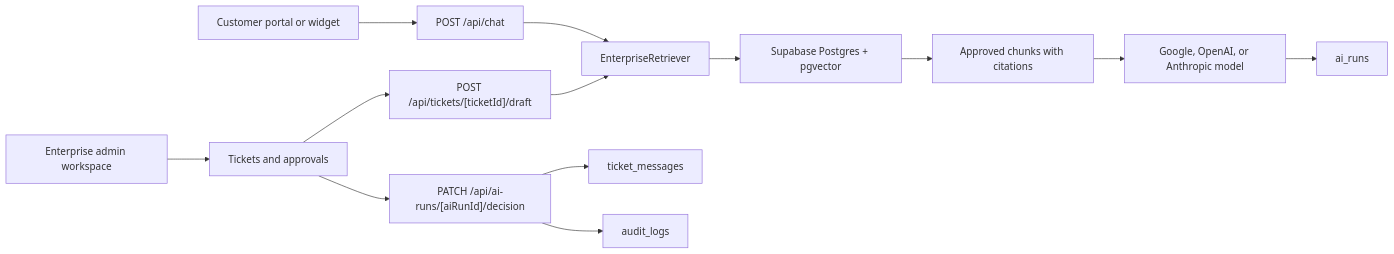
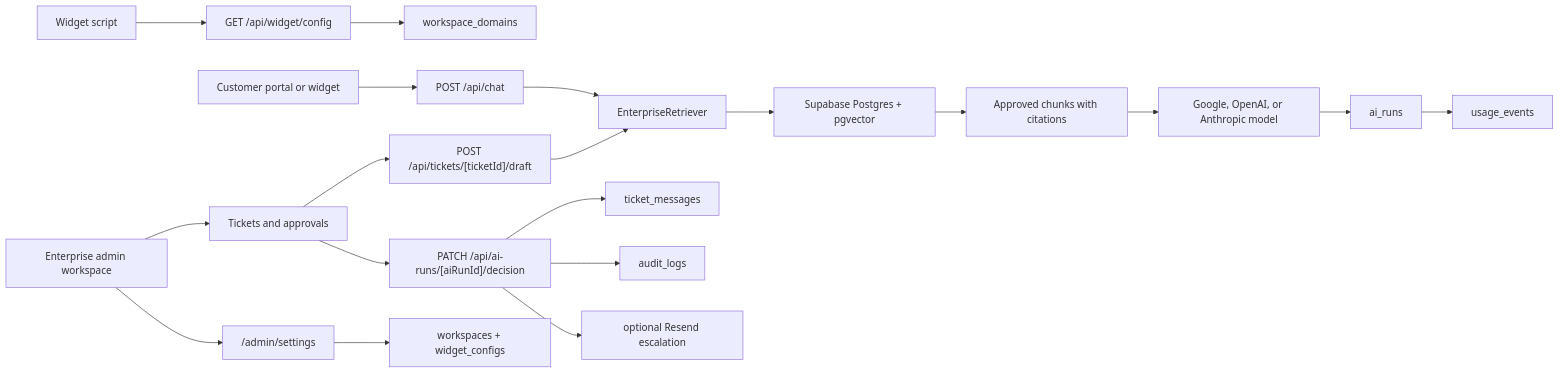
One commit to anilandcode/supportpilot-demo changed the diagram in ARCHITECTURE.md. Above: the diagram before and after it, drawn with Mermaid. The commit also changed other lines of this file and 46 other files, not shown here.

Commit message:
feat: productize supportpilot workspace flow

````diff
--- a/ARCHITECTURE.md
+++ b/ARCHITECTURE.md
@@ -8,15 +8,21 @@
 ```mermaid
 flowchart LR
+  Widget["Widget script"] --> ConfigAPI["GET /api/widget/config"]
+  ConfigAPI --> Domains["workspace_domains"]
   Portal["Customer portal or widget"] --> ChatAPI["POST /api/chat"]
   Admin["Enterprise admin workspace"] --> Tickets["Tickets and approvals"]
+  Admin --> Settings["/admin/settings"]
+  Settings --> Workspace["workspaces + widget_configs"]
   Tickets --> DraftAPI["POST /api/tickets/[ticketId]/draft"]
   DraftAPI --> RAG["EnterpriseRetriever"]
   ChatAPI --> RAG
   RAG --> Supabase["Supabase Postgres + pgvector"]
   Supabase --> Context["Approved chunks with citations"]
   Context --> Model["Google, OpenAI, or Anthropic model"]
   Model --> AIRuns["ai_runs"]
+  AIRuns --> Usage["usage_events"]
   Tickets --> DecisionAPI["PATCH /api/ai-runs/[aiRunId]/decision"]
   DecisionAPI --> Messages["ticket_messages"]
   DecisionAPI --> Audit["audit_logs"]
+  DecisionAPI --> EscalationEmail["optional Resend escalation"]
 ```
````
